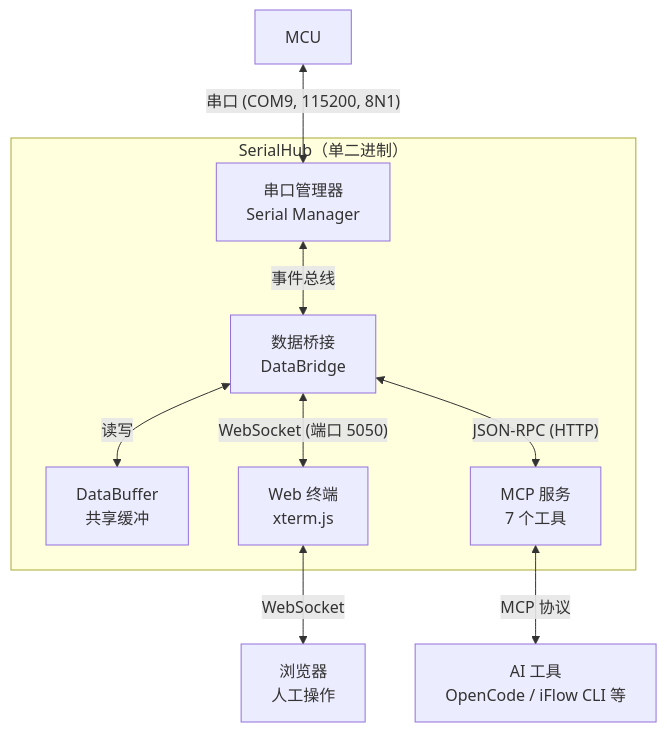
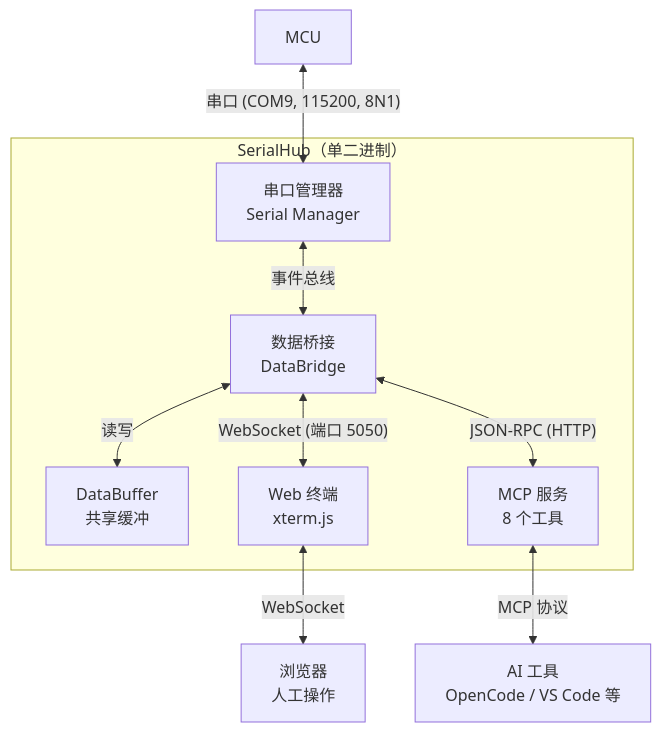
Before and after one commit to dongly/SerialHub: the diagram in README.md, drawn with Mermaid. The commit also changed other lines of this file and 2 other files, not shown here.

````diff
--- a/README.md
+++ b/README.md
@@ -21,14 +18,14 @@
 ```mermaid
 flowchart TB
     MCU["MCU"] <-->|"串口 (COM9, 115200, 8N1)"| Serial["串口管理器<br/>Serial Manager"]
 
     subgraph SerialHub["SerialHub（单二进制）"]
         Serial <-->|"事件总线"| Bridge["数据桥接<br/>DataBridge"]
         Bridge <-->|"读写"| Buffer["DataBuffer<br/>共享缓冲"]
         Bridge <-->|"WebSocket (端口 5050)"| Web["Web 终端<br/>xterm.js"]
-        Bridge <-->|"JSON-RPC (HTTP)"| MCP["MCP 服务<br/>7 个工具"]
+        Bridge <-->|"JSON-RPC (HTTP)"| MCP["MCP 服务<br/>8 个工具"]
     end
 
     Web <-->|"WebSocket"| Browser["浏览器<br/>人工操作"]
-    MCP <-->|"MCP 协议"| AI["AI 工具<br/>OpenCode / iFlow CLI 等"]
+    MCP <-->|"MCP 协议"| AI["AI 工具<br/>OpenCode / VS Code 等"]
 ```
````
